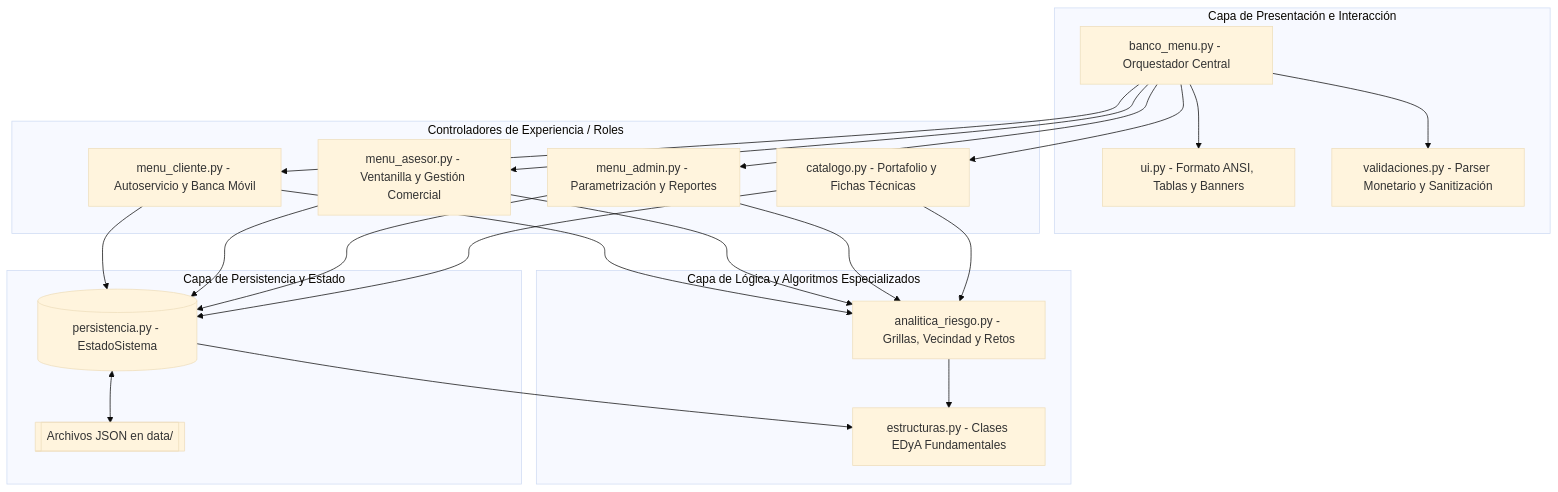
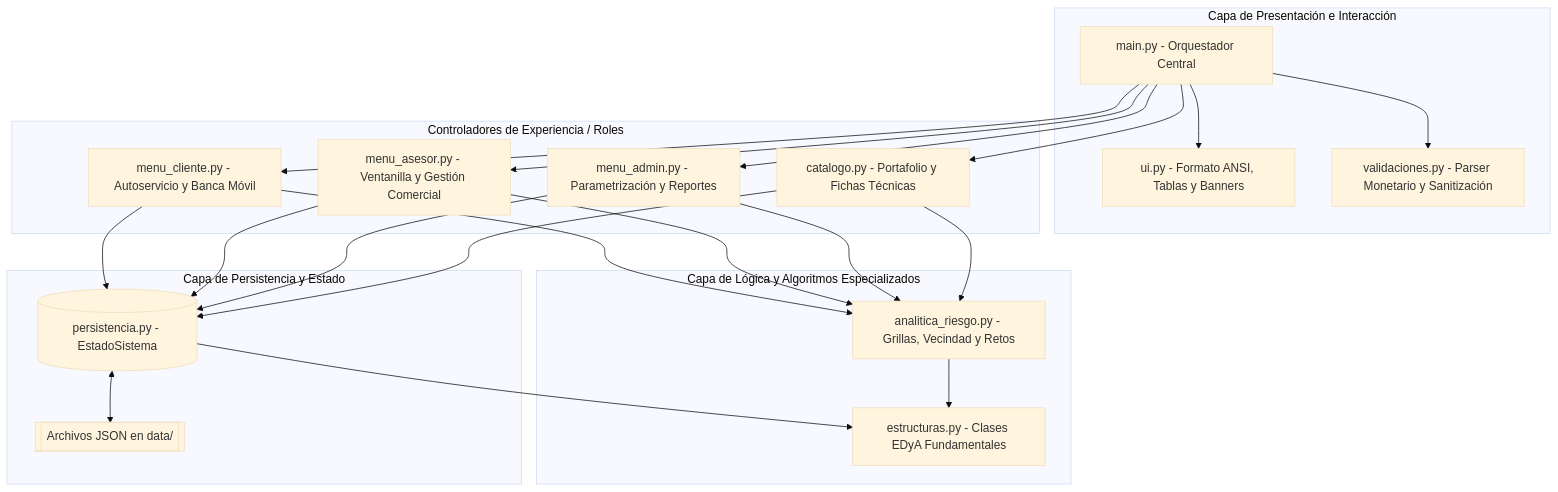
The diagram in README.md (psisprogramer/Banca), drawn with Mermaid (base theme) before and after one commit. The commit also changed other lines of this file and 10 other files, not shown here.

````diff
--- a/README.md
+++ b/README.md
@@ -45,34 +46,34 @@
 ```mermaid
 flowchart TD
     subgraph UI_Layer [Capa de Presentación e Interacción]
-        A[banco_menu.py - Orquestador Central]
+        A[main.py - Orquestador Central]
         U[ui.py - Formato ANSI, Tablas y Banners]
         V[validaciones.py - Parser Monetario y Sanitización]
     end
 
     subgraph Roles_Layer [Controladores de Experiencia / Roles]
         C[menu_cliente.py - Autoservicio y Banca Móvil]
         S[menu_asesor.py - Ventanilla y Gestión Comercial]
         M[menu_admin.py - Parametrización y Reportes]
         P[catalogo.py - Portafolio y Fichas Técnicas]
     end
 
     subgraph Logic_Layer [Capa de Lógica y Algoritmos Especializados]
         R[analitica_riesgo.py - Grillas, Vecindad y Retos]
         E[estructuras.py - Clases EDyA Fundamentales]
     end
 
     subgraph Data_Layer [Capa de Persistencia y Estado]
         DB[(persistencia.py - EstadoSistema)]
         JSONS[[Archivos JSON en data/]]
     end
 
     A --> U
     A --> V
     A --> C & S & M & P
     C & S & M & P --> DB
     C & S & M & P --> R
     DB --> E
     DB <--> JSONS
     R --> E
 ```
````
